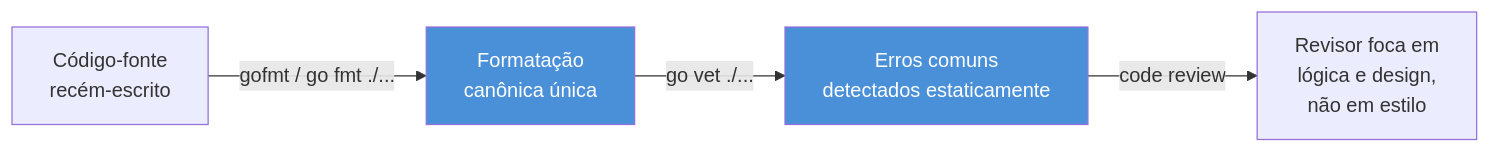
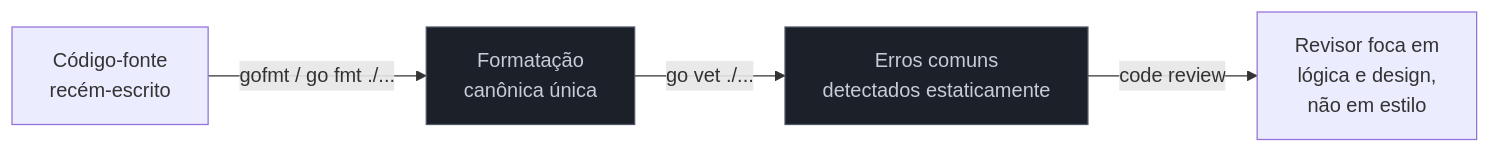
Before and after one commit to josenaldo/codex-technomanticus: the diagram in 03-Dominios/Tecnologia/Go/01 - Fundamentos e sintaxe/08 - Idiomático desde o início.md, drawn with Mermaid. The commit also changed 1181 other files, not shown here.

First line of the commit message:
fix(diagramas): paleta do sistema no lugar de cor cravada no markdown

````diff
--- a/03-Dominios/Tecnologia/Go/01 - Fundamentos e sintaxe/08 - Idiomático desde o início.md
+++ b/03-Dominios/Tecnologia/Go/01 - Fundamentos e sintaxe/08 - Idiomático desde o início.md
@@ -63,9 +63,10 @@
 ```mermaid
 flowchart LR
+    classDef neutro fill:#1B2029,stroke:#4E5666,color:#C6CCD8
     A["Código-fonte<br/>recém-escrito"] -->|"gofmt / go fmt ./..."| B["Formatação<br/>canônica única"]
     B -->|"go vet ./..."| C["Erros comuns<br/>detectados estaticamente"]
     C -->|"code review"| D["Revisor foca em<br/>lógica e design,<br/>não em estilo"]
 
-    style B fill:#4A90D9,color:#fff
-    style C fill:#4A90D9,color:#fff
+    class B neutro
+    class C neutro
 ```
````
